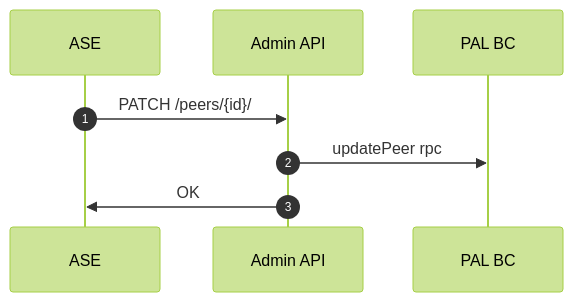
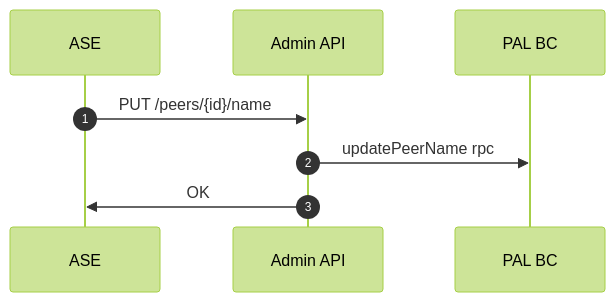
One commit to JayPokale/rhyza changed the third of 5 diagrams in internal-docs/sequence-diagrams/Peer Lifecycle.md. Above: the diagram before and after it, drawn with Mermaid (forest theme). The commit also changed other lines of this file, not shown here.

Commit message:
chore: update routes based on feedback

````diff
--- a/internal-docs/sequence-diagrams/Peer Lifecycle.md
+++ b/internal-docs/sequence-diagrams/Peer Lifecycle.md
@@ -48,11 +48,11 @@
 ```mermaid
 sequenceDiagram
 	autonumber
     participant ASE
     participant AAPI as Admin API
     participant PAL as PAL BC
 
-    ASE ->> AAPI: PATCH /peers/{id}/
-    AAPI ->> PAL: updatePeer rpc
+    ASE ->> AAPI: PUT /peers/{id}/name
+    AAPI ->> PAL: updatePeerName rpc
     AAPI ->> ASE: OK
 ```
````
